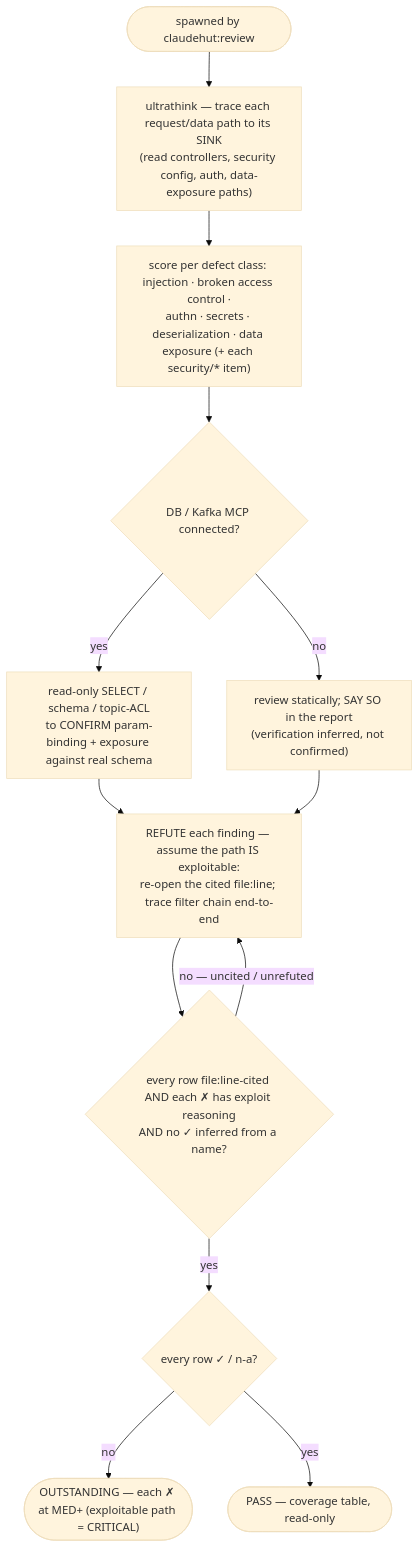
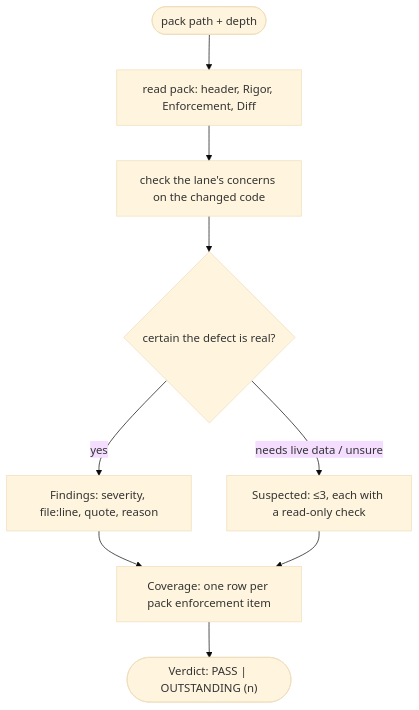
The diagram in agents/claudehut-security-auditor.md (taipt1504/claudehut), drawn with Mermaid (base theme) before and after one commit. The commit also changed other lines of this file and 297 other files, not shown here.

First line of the commit message:
feat(review): select review lanes from the diff and trim the roster to 5 (M4)

````diff
--- a/agents/claudehut-security-auditor.md
+++ b/agents/claudehut-security-auditor.md
@@ -20,15 +24,11 @@
 ```mermaid
 flowchart TB
-    start([spawned by claudehut:review]) --> read["ultrathink — trace each request/data path to its SINK<br/>(read controllers, security config, auth, data-exposure paths)"]
-    read --> scan["score per defect class: injection · broken access control ·<br/>authn · secrets · deserialization · data exposure (+ each security/* item)"]
-    scan --> ground{"DB / Kafka MCP connected?"}
-    ground -- "yes" --> live["read-only SELECT / schema / topic-ACL<br/>to CONFIRM param-binding + exposure against real schema"]
-    ground -- "no" --> infer["review statically; SAY SO in the report<br/>(verification inferred, not confirmed)"]
-    live --> crit["REFUTE each finding — assume the path IS exploitable:<br/>re-open the cited file:line; trace filter chain end-to-end"]
-    infer --> crit
-    crit --> ev{"every row file:line-cited AND each ✗ has exploit reasoning<br/>AND no ✓ inferred from a name?"}
-    ev -- "no — uncited / unrefuted" --> crit
-    ev -- "yes" --> verdict{"every row ✓ / n-a?"}
-    verdict -- "no" --> out(["OUTSTANDING — each ✗ at MED+ (exploitable path = CRITICAL)"])
-    verdict -- "yes" --> pass(["PASS — coverage table, read-only"])
+    start([pack path + depth]) --> read["read pack: header, Rigor, Enforcement, Diff"]
+    read --> look["check the lane's concerns on the changed code"]
+    look --> sure{"certain the defect is real?"}
+    sure -- "yes" --> fnd["Findings: severity, file:line, quote, reason"]
+    sure -- "needs live data / unsure" --> sus["Suspected: ≤3, each with a read-only check"]
+    fnd --> cov["Coverage: one row per pack enforcement item"]
+    sus --> cov
+    cov --> v(["Verdict: PASS | OUTSTANDING (n)"])
 ```
````
